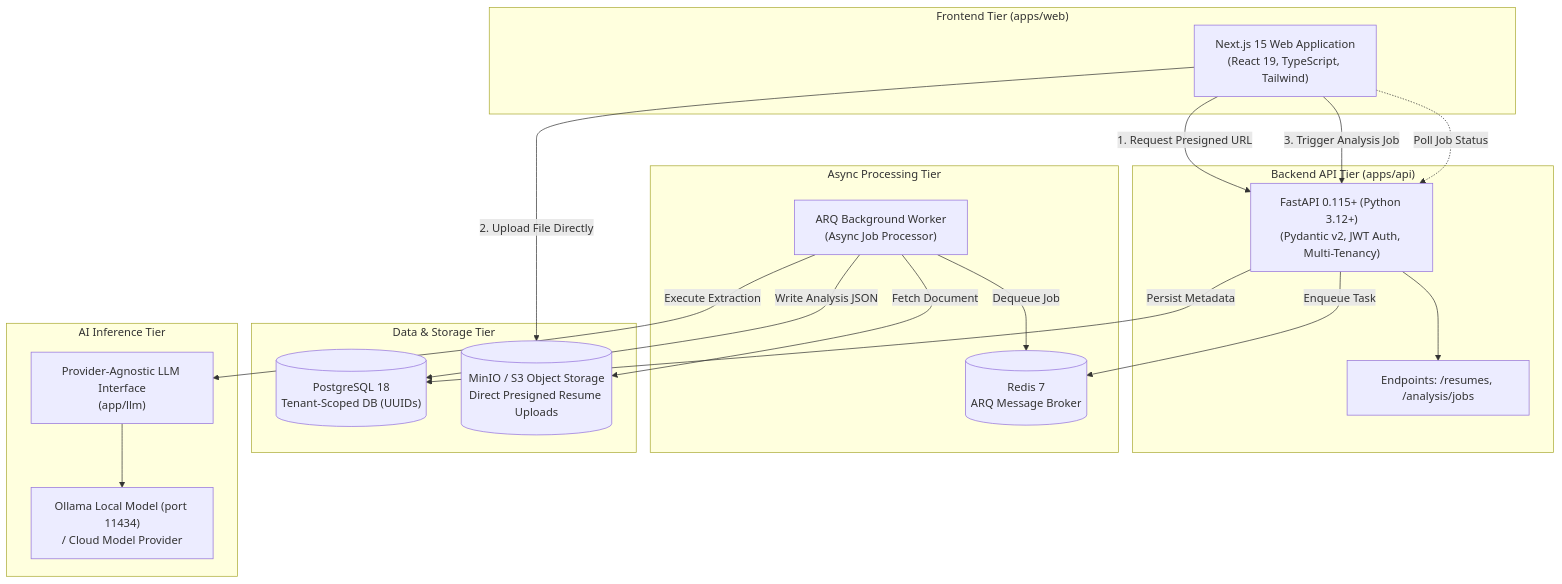
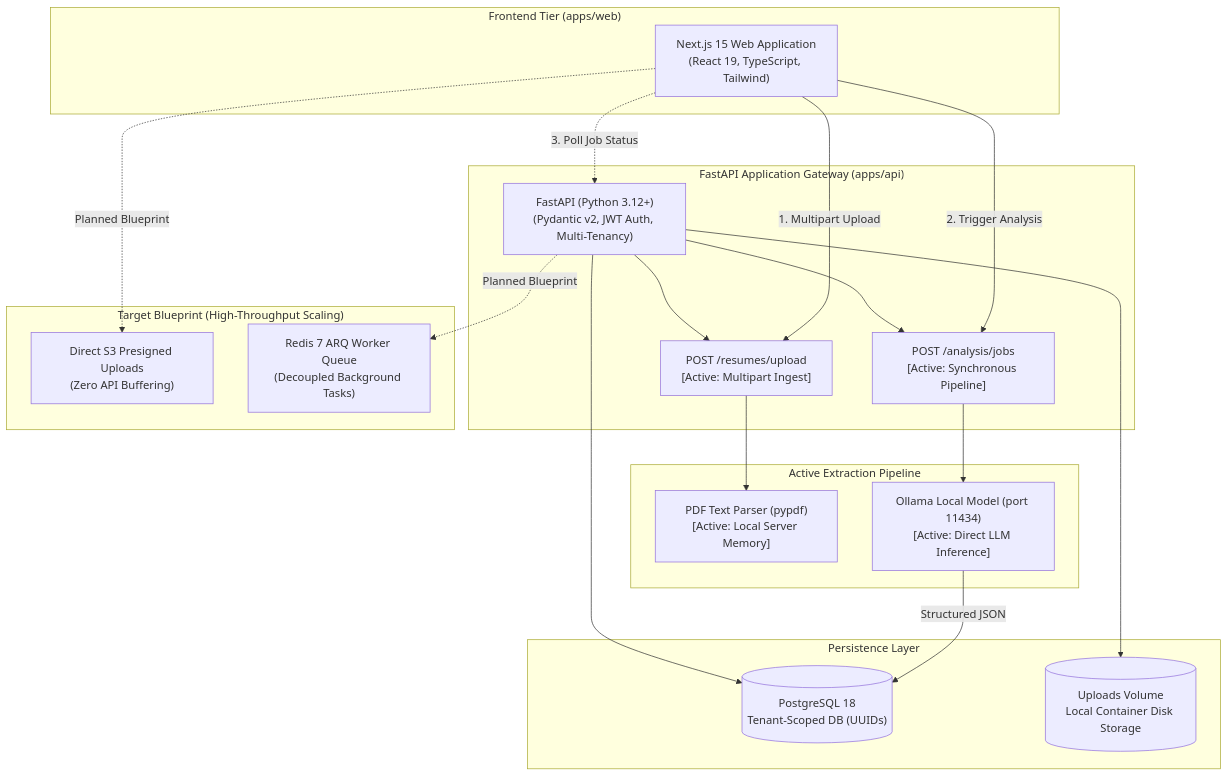
The diagram in assets/diagrams/source/ara-architecture.mmd (AngulaBadrinath/AngulaBadrinath), drawn with Mermaid before and after one commit. The commit also changed 21 other files, not shown here.

Commit message:
fix(hardening): align diagrams with verified codebases, harden validator, and document security advisory

```diff
--- a/assets/diagrams/source/ara-architecture.mmd
+++ b/assets/diagrams/source/ara-architecture.mmd
@@ -1,41 +1,40 @@
 %% ARA — AI Resume Analyzer Architecture
+%% Accurately distinguishing Active Runtime vs Target High-Throughput Blueprint
 flowchart TB
   subgraph FRONTEND["Frontend Tier (apps/web)"]
     Web["Next.js 15 Web Application\n(React 19, TypeScript, Tailwind)"]
   end
 
-  subgraph API["Backend API Tier (apps/api)"]
-    FastAPI["FastAPI 0.115+ (Python 3.12+)\n(Pydantic v2, JWT Auth, Multi-Tenancy)"]
-    Router["Endpoints: /resumes, /analysis/jobs"]
-    FastAPI --> Router
+  subgraph API["FastAPI Application Gateway (apps/api)"]
+    FastAPI["FastAPI (Python 3.12+)\n(Pydantic v2, JWT Auth, Multi-Tenancy)"]
+    UploadEndpoint["POST /resumes/upload\n[Active: Multipart Ingest]"]
+    AnalysisEndpoint["POST /analysis/jobs\n[Active: Synchronous Pipeline]"]
+    FastAPI --> UploadEndpoint
+    FastAPI --> AnalysisEndpoint
   end
 
-  subgraph ASYNC["Async Processing Tier"]
-    Redis[("Redis 7\nARQ Message Broker")]
-    Worker["ARQ Background Worker\n(Async Job Processor)"]
+  subgraph ACTIVE_ENGINE["Active Extraction Pipeline"]
+    Parser["PDF Text Parser (pypdf)\n[Active: Local Server Memory]"]
+    Ollama["Ollama Local Model (port 11434)\n[Active: Direct LLM Inference]"]
+    UploadEndpoint --> Parser
+    AnalysisEndpoint --> Ollama
   end
 
-  subgraph STORAGE["Data & Storage Tier"]
+  subgraph STORAGE["Persistence Layer"]
     PG[("PostgreSQL 18\nTenant-Scoped DB (UUIDs)")]
-    MinIO[("MinIO / S3 Object Storage\nDirect Presigned Resume Uploads")]
+    Disk[("Uploads Volume\nLocal Container Disk Storage")]
+    FastAPI --> PG
+    FastAPI --> Disk
+    Ollama -->|Structured JSON| PG
   end
 
-  subgraph AI["AI Inference Tier"]
-    LLM["Provider-Agnostic LLM Interface\n(app/llm)"]
-    Ollama["Ollama Local Model (port 11434)\n/ Cloud Model Provider"]
-    LLM --> Ollama
+  subgraph PLANNED["Target Blueprint (High-Throughput Scaling)"]
+    PresignedS3["Direct S3 Presigned Uploads\n(Zero API Buffering)"]
+    ARQQueue["Redis 7 ARQ Worker Queue\n(Decoupled Background Tasks)"]
+    Web -.->|Planned Blueprint| PresignedS3
+    FastAPI -.->|Planned Blueprint| ARQQueue
   end
 
-  Web -->|1. Request Presigned URL| FastAPI
-  Web -->|2. Upload File Directly| MinIO
-  Web -->|3. Trigger Analysis Job| FastAPI
-  
-  FastAPI -->|Enqueue Task| Redis
-  FastAPI -->|Persist Metadata| PG
-  
-  Worker -->|Dequeue Job| Redis
-  Worker -->|Fetch Document| MinIO
-  Worker -->|Execute Extraction| LLM
-  Worker -->|Write Analysis JSON| PG
-
-  Web -.->|Poll Job Status| FastAPI
+  Web -->|1. Multipart Upload| UploadEndpoint
+  Web -->|2. Trigger Analysis| AnalysisEndpoint
+  Web -.->|3. Poll Job Status| FastAPI
```
